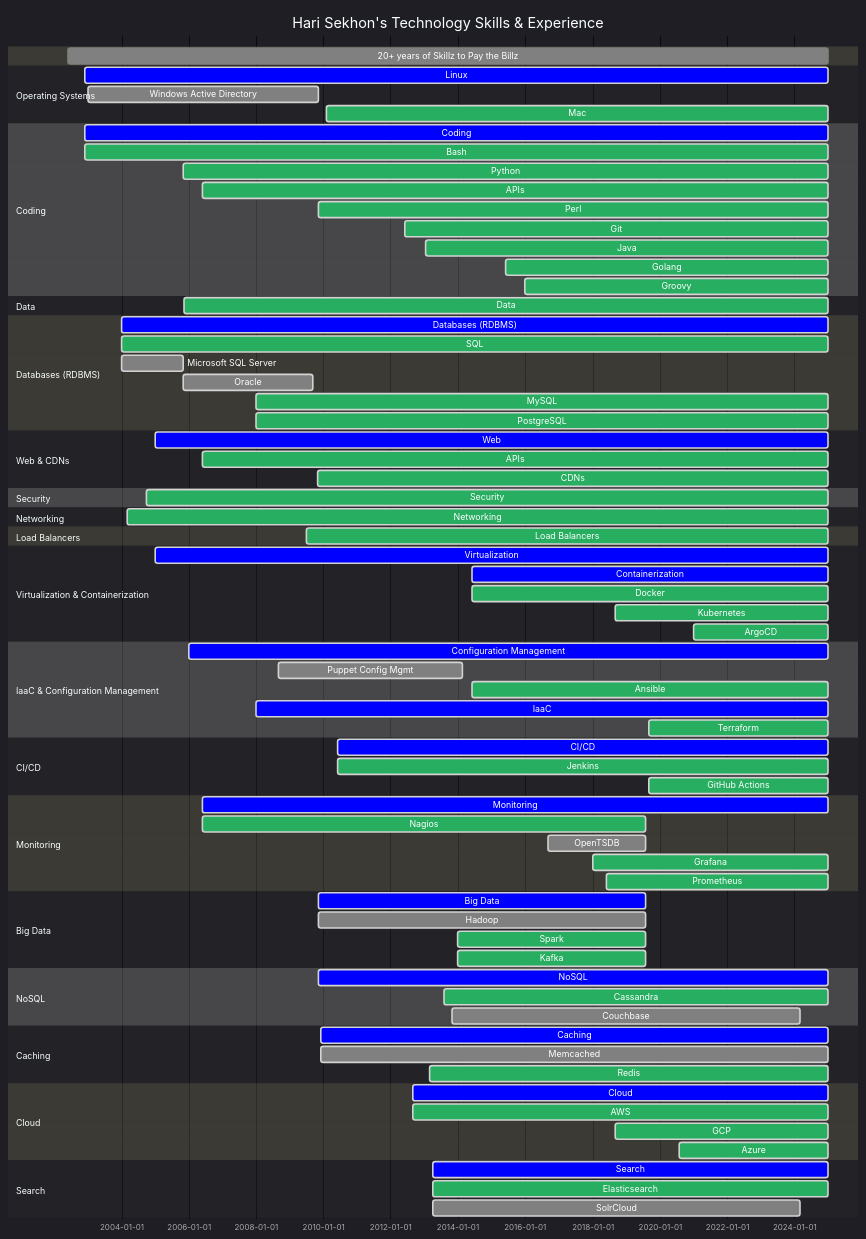
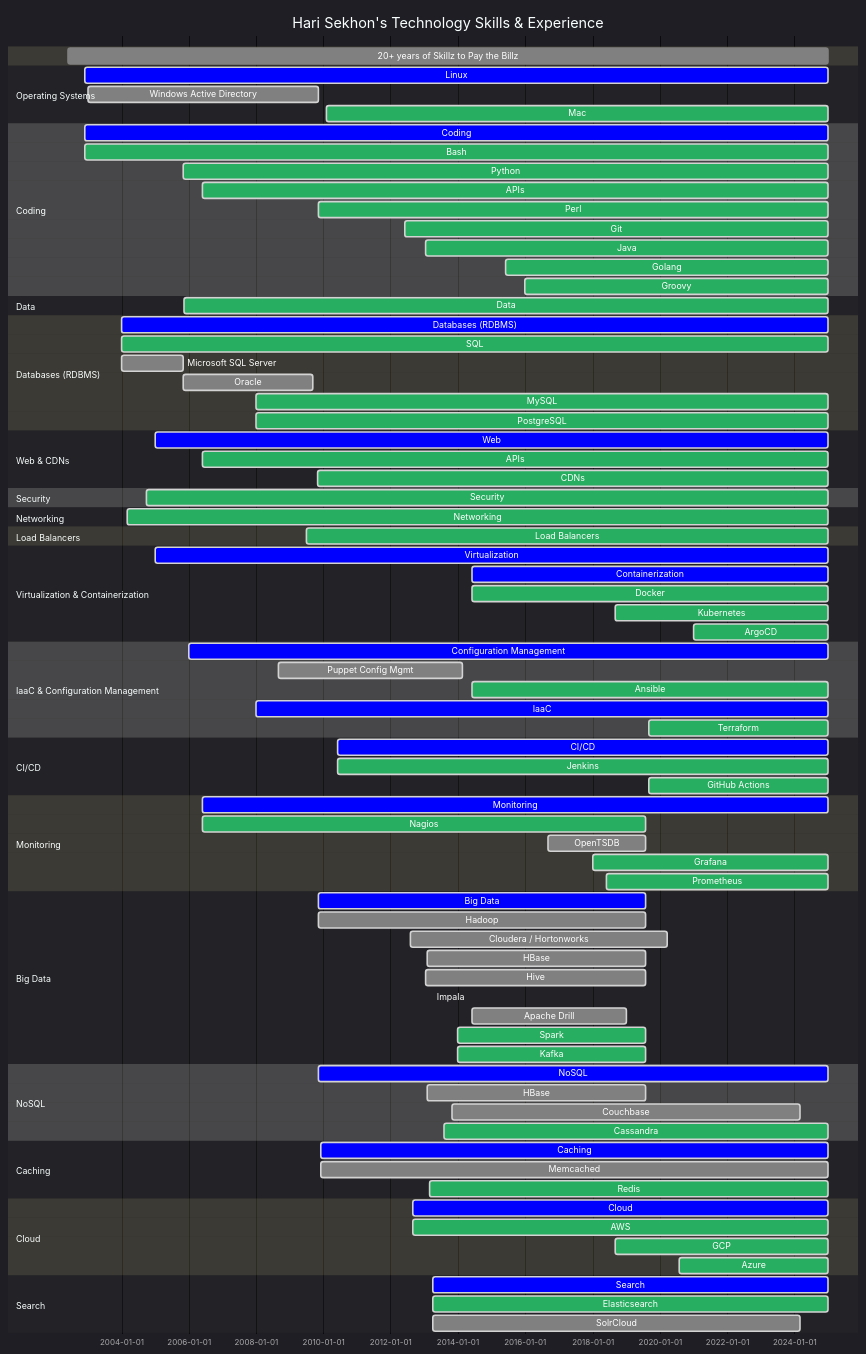
One commit to HariSekhon/HariSekhon changed the diagram in README.md. Above: the diagram before and after it, drawn with Mermaid.

```diff
--- a/README.md
+++ b/README.md
@@ -439,19 +439,20 @@
     Hadoop                 : done, 2009-11-13, 2019-07-31
     %%HDFS                   : done, 2009-11-13, 2019-07-31
     %%MapReduce              : done, 2012-06-01, 2019-07-31
-    %%Cloudera / Hortonworks : done, 2012-08-01, 2020-03-20
-    %%HBase                  : done, 2013-02-01, 2019-07-31
-    %%Hive                   : done, 2013-01-18, 2019-07-31
-    %%Impala                 : done, 2013-04-01, 2015-06-31
-    %%Apache Drill           : done, 2014-06-01, 2018-12-31
+    Cloudera / Hortonworks : done, 2012-08-01, 2020-03-20
+    HBase                  : done, 2013-02-01, 2019-07-31
+    Hive                   : done, 2013-01-18, 2019-07-31
+    Impala                 : done, 2013-04-01, 2015-06-31
+    Apache Drill           : done, 2014-06-01, 2018-12-31
     Spark                  : active, 2014-01-01, 2019-07-31
     Kafka                  : active, 2014-01-01, 2019-07-31
 
     section NoSQL
     NoSQL                  : crit, 2009-11-13, 2024-12-31
+    HBase                  : done, 2013-02-01, 2019-07-31
     %%MongoDB                : done, 2013-06-01, 2013-12-31
+    Couchbase              : done, 2013-11-01, 2024-03-01
     Cassandra              : active, 2013-08-01, 2024-12-31
-    Couchbase              : done, 2013-11-01, 2024-03-01
 
     section Caching
     Caching                : crit, 2009-11-31, 2024-12-31
```
